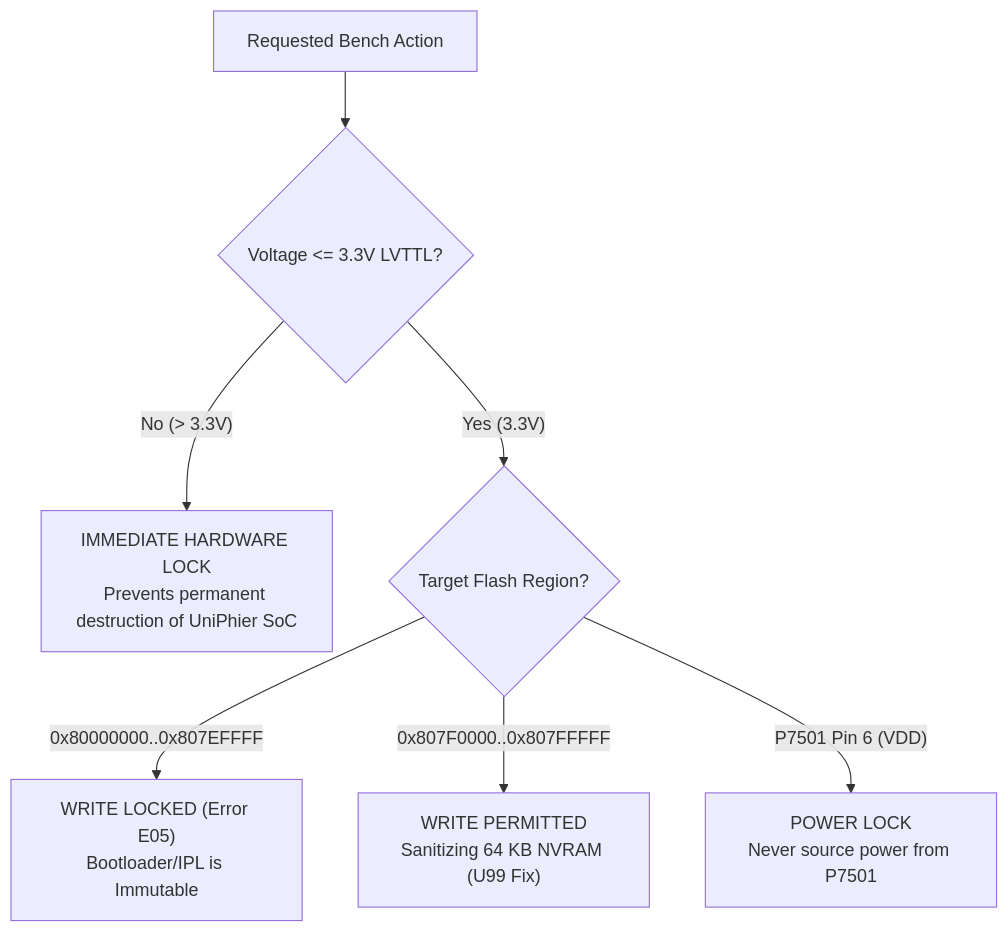
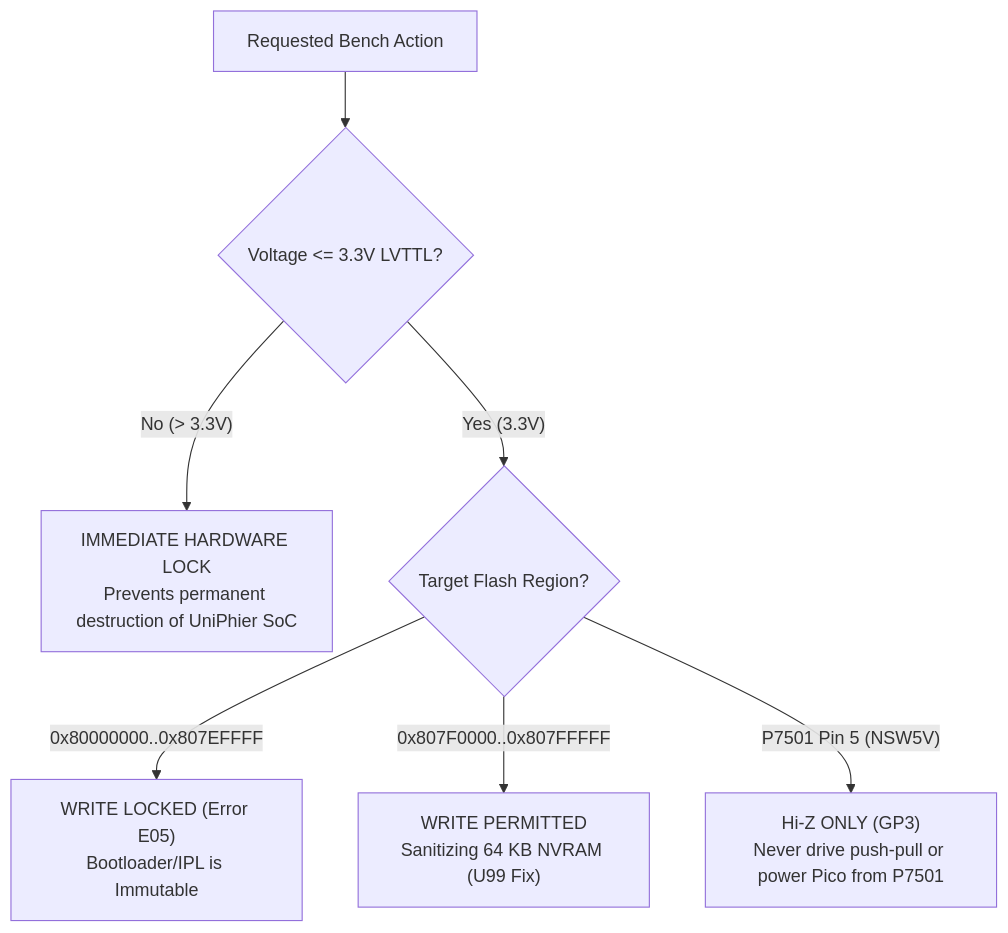
The second of 2 diagrams in docs/en-US/SYSTEM_ARCHITECTURE_AND_ENGINEERING_BLUEPRINT.md (danielchrono/Panadiga), drawn with Mermaid before and after one commit. The commit also changed other lines of this file and 775 other files, not shown here.

````diff
--- a/docs/en-US/SYSTEM_ARCHITECTURE_AND_ENGINEERING_BLUEPRINT.md
+++ b/docs/en-US/SYSTEM_ARCHITECTURE_AND_ENGINEERING_BLUEPRINT.md
@@ -123,10 +123,10 @@
 ```mermaid
 graph TD
     REQ["Requested Bench Action"] --> CHECK_V{"Voltage <= 3.3V LVTTL?"}
     CHECK_V -- "No (> 3.3V)" --> ABORT_V["IMMEDIATE HARDWARE LOCK<br/>Prevents permanent destruction of UniPhier SoC"]
     CHECK_V -- "Yes (3.3V)" --> CHECK_REG{"Target Flash Region?"}
     
     CHECK_REG -- "0x80000000..0x807EFFFF" --> ABORT_BOOT["WRITE LOCKED (Error E05)<br/>Bootloader/IPL is Immutable"]
     CHECK_REG -- "0x807F0000..0x807FFFFF" --> ALLOW_NVRAM["WRITE PERMITTED<br/>Sanitizing 64 KB NVRAM (U99 Fix)"]
-    CHECK_REG -- "P7501 Pin 6 (VDD)" --> ABORT_PWR["POWER LOCK<br/>Never source power from P7501"]
+    CHECK_REG -- "P7501 Pin 5 (NSW5V)" --> ABORT_PWR["Hi-Z ONLY (GP3)<br/>Never drive push-pull or power Pico from P7501"]
 ```
````
